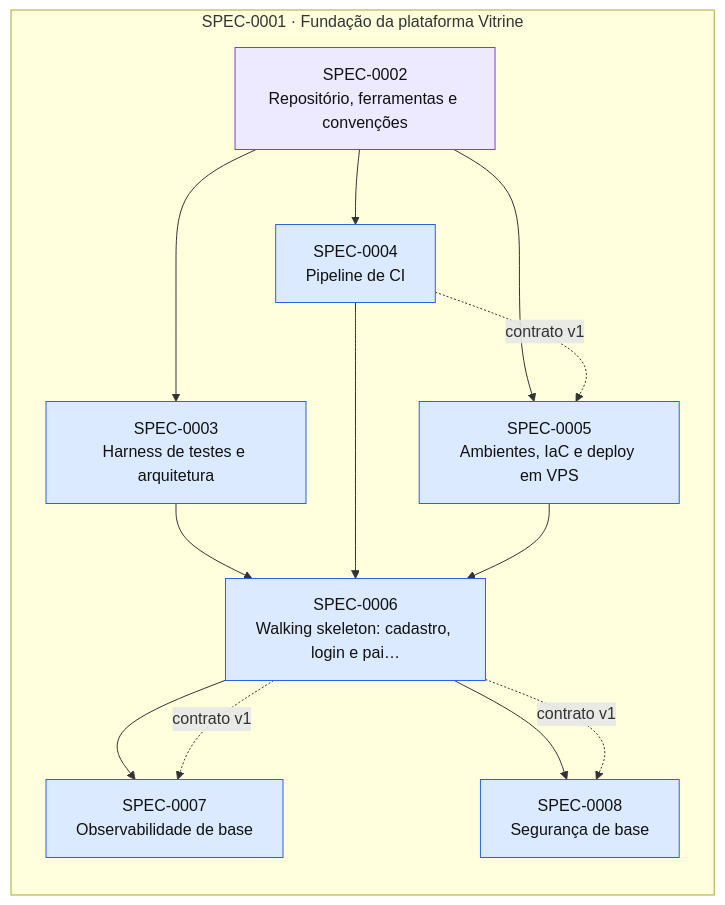
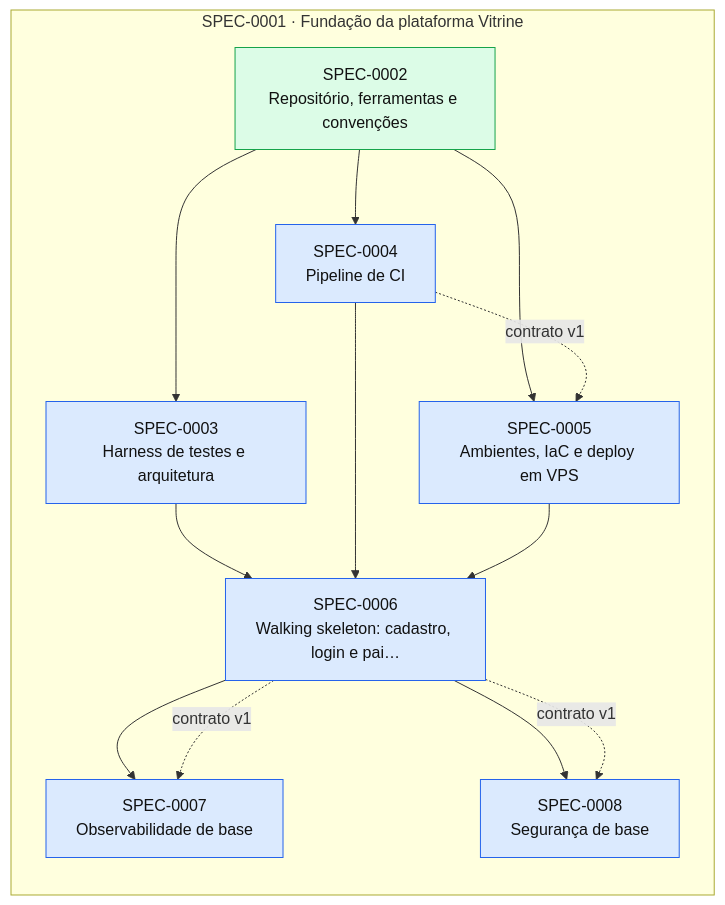
One commit to thomasravache/vitrine changed the diagram in docs/specs/INDEX.md. Above: the diagram before and after it, drawn with Mermaid. The commit also changed other lines of this file and 1 other file, not shown here.

First line of the commit message:
docs(specs): SPEC-0002 implementada (G7)

````diff
--- a/docs/specs/INDEX.md
+++ b/docs/specs/INDEX.md
@@ -62,28 +61,28 @@
 ```mermaid
 flowchart LR
   subgraph E0001["SPEC-0001 · Fundação da plataforma Vitrine"]
-    S0002["SPEC-0002<br/>Repositório, ferramentas e convenções"]:::inprogress
+    S0002["SPEC-0002<br/>Repositório, ferramentas e convenções"]:::implemented
     S0003["SPEC-0003<br/>Harness de testes e arquitetura"]:::approved
     S0004["SPEC-0004<br/>Pipeline de CI"]:::approved
     S0005["SPEC-0005<br/>Ambientes, IaC e deploy em VPS"]:::approved
     S0006["SPEC-0006<br/>Walking skeleton: cadastro, login e pai…"]:::approved
     S0007["SPEC-0007<br/>Observabilidade de base"]:::approved
     S0008["SPEC-0008<br/>Segurança de base"]:::approved
   end
   S0002 --> S0003
   S0002 --> S0004
   S0002 --> S0005
   S0004 -. contrato v1 .-> S0005
   S0003 --> S0006
   S0004 --> S0006
   S0005 --> S0006
   S0006 --> S0007
   S0006 -. contrato v1 .-> S0007
   S0006 --> S0008
   S0006 -. contrato v1 .-> S0008
   classDef proposed fill:#fef3c7,stroke:#d97706,color:#111
   classDef approved fill:#dbeafe,stroke:#2563eb,color:#111
   classDef inprogress fill:#ede9fe,stroke:#7c3aed,color:#111
   classDef implemented fill:#dcfce7,stroke:#16a34a,color:#111
   classDef deprecated fill:#f3f4f6,stroke:#9ca3af,color:#6b7280
 ```
````
